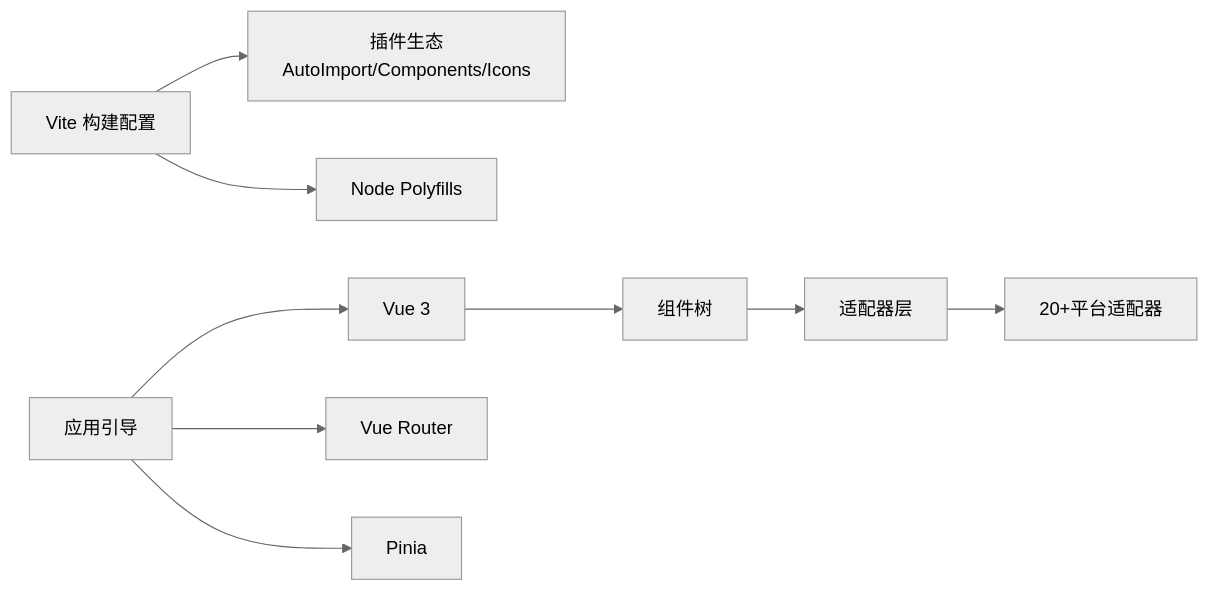
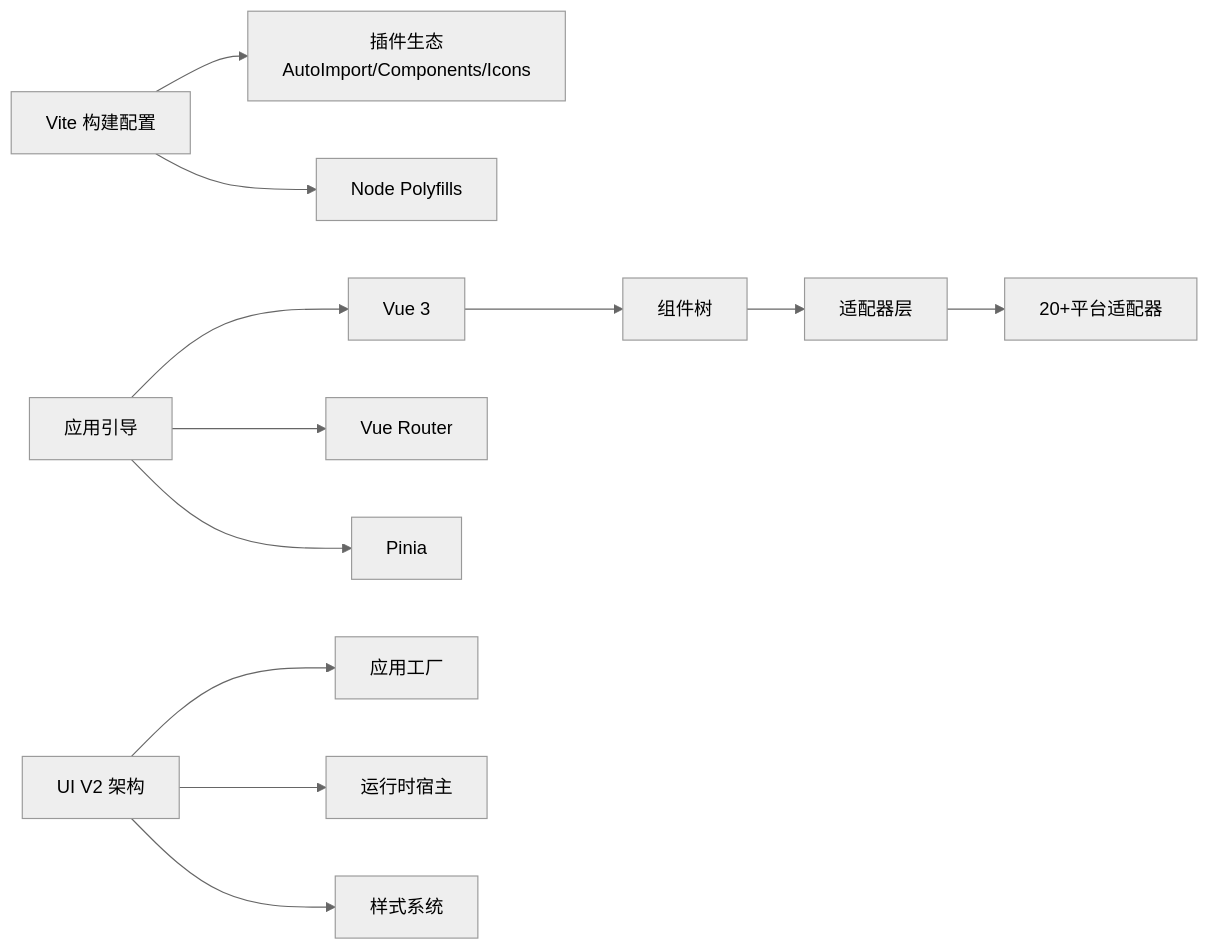
Before and after one commit to terwer/siyuan-plugin-publisher: diagram 11 of 11 in .qoder/repowiki/zh/content/核心架构/核心架构.md, drawn with Mermaid (neutral theme). The commit also changed other lines of this file and 12 other files, not shown here.

````diff
--- a/.qoder/repowiki/zh/content/核心架构/核心架构.md
+++ b/.qoder/repowiki/zh/content/核心架构/核心架构.md
@@ -302,11 +503,14 @@
 ```mermaid
 graph LR
 Vite["Vite 构建配置"] --> Plugins["插件生态<br/>AutoImport/Components/Icons"]
 Vite --> Polyfill["Node Polyfills"]
 Bootstrap["应用引导"] --> Vue["Vue 3"]
 Bootstrap --> Router["Vue Router"]
 Bootstrap --> Pinia["Pinia"]
 Vue --> Components["组件树"]
 Components --> Adaptors["适配器层"]
 Adaptors --> Platforms["20+平台适配器"]
+V2["UI V2 架构"] --> Factory["应用工厂"]
+V2 --> Host["运行时宿主"]
+V2 --> Styles["样式系统"]
 ```
````
